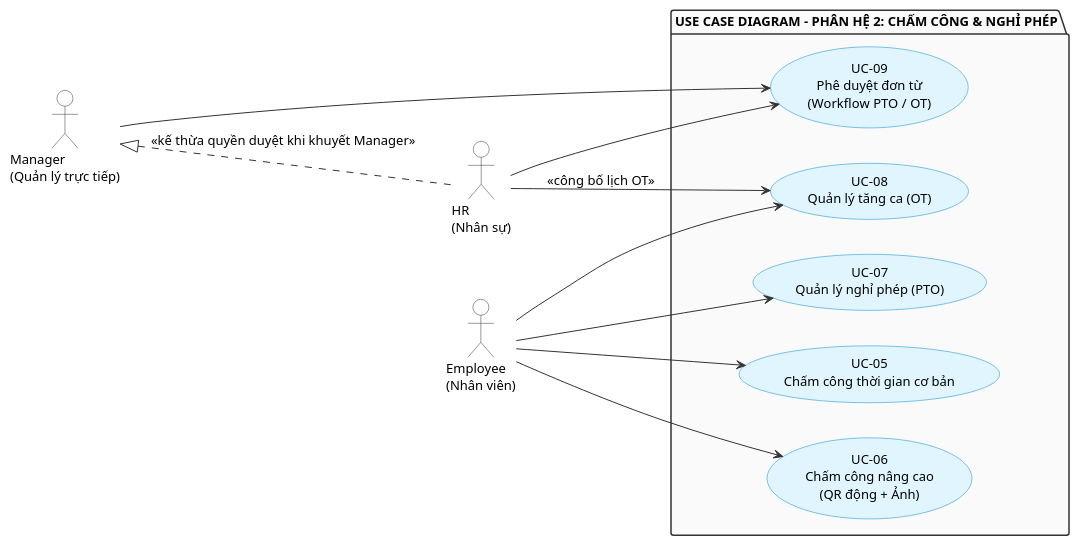
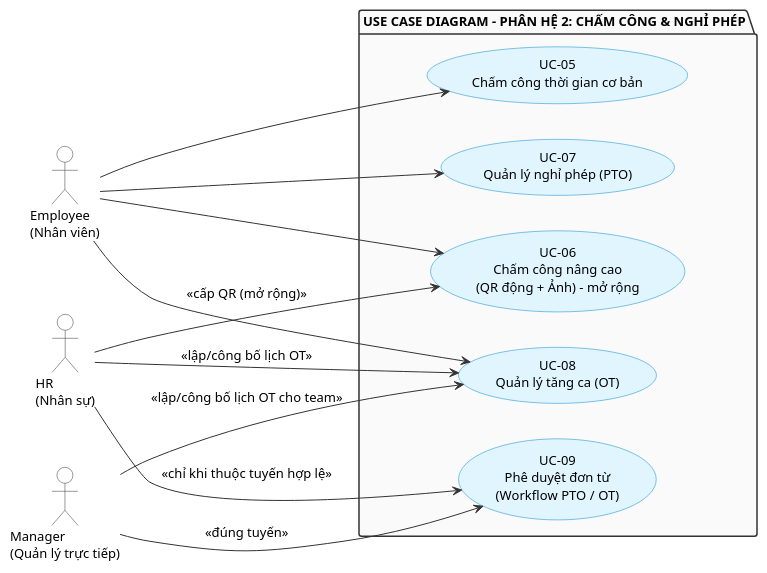
One commit to gihan160306/HRFlow changed the diagram in docs/uml/usecase/uc_module2_timecard.puml. Above: the diagram before and after it, drawn with PlantUML. The commit also changed 16 other files, not shown here.

```diff
--- a/docs/uml/usecase/uc_module2_timecard.puml
+++ b/docs/uml/usecase/uc_module2_timecard.puml
@@ -1,55 +1,57 @@
 @startuml uc_module2_overview
 skinparam defaultFontColor #000000
 skinparam defaultFontSize 13
 skinparam backgroundColor #FFFFFF
 
 skinparam actor {
     BorderColor #333333
     BackgroundColor #FFFFFF
     FontColor #000000
 }
 
 skinparam usecase {
     BorderColor #0288D1
     BackgroundColor #E1F5FE
     FontColor #000000
     ArrowColor #333333
     ArrowFontColor #000000
 }
 
 skinparam package {
     BorderColor #333333
     FontColor #000000
     BackgroundColor #FAFAFA
 }
 
 left to right direction
 
 ' ================= ACTORS =================
 actor "Employee\n(Nhân viên)" as Employee
 actor "Manager\n(Quản lý trực tiếp)" as Manager
 actor "HR\n(Nhân sự)" as HR
 
-' HR thay Manager duyệt khi nhân viên khuyết Quản lý trực tiếp
-HR .up.|> Manager : <<kế thừa quyền duyệt khi khuyết Manager>>
+' Người duyệt PTO/OT xác định theo bảng tuyến company_profile Mục 4;
+' HR chỉ duyệt khi HR Lead/HR Executive thuộc tuyến hợp lệ, không thay Manager mặc định.
 
 ' ================= SYSTEM BOUNDARY =================
 package "USE CASE DIAGRAM - PHÂN HỆ 2: CHẤM CÔNG & NGHỈ PHÉP" {
     usecase "UC-05\nChấm công thời gian cơ bản" as UC05
-    usecase "UC-06\nChấm công nâng cao\n(QR động + Ảnh)" as UC06
+    usecase "UC-06\nChấm công nâng cao\n(QR động + Ảnh) – mở rộng" as UC06
     usecase "UC-07\nQuản lý nghỉ phép (PTO)" as UC07
     usecase "UC-08\nQuản lý tăng ca (OT)" as UC08
     usecase "UC-09\nPhê duyệt đơn từ\n(Workflow PTO / OT)" as UC09
 }
 
 ' ================= TƯƠNG TÁC =================
 Employee --> UC05
 Employee --> UC06
 Employee --> UC07
 Employee --> UC08
 
-Manager --> UC09
-HR --> UC08 : <<công bố lịch OT>>
-HR --> UC09
+Manager --> UC08 : <<lập/công bố lịch OT cho team>>
+Manager --> UC09 : <<đúng tuyến>>
+HR --> UC06 : <<cấp QR (mở rộng)>>
+HR --> UC08 : <<lập/công bố lịch OT>>
+HR --> UC09 : <<chỉ khi thuộc tuyến hợp lệ>>
 
 @enduml
```
